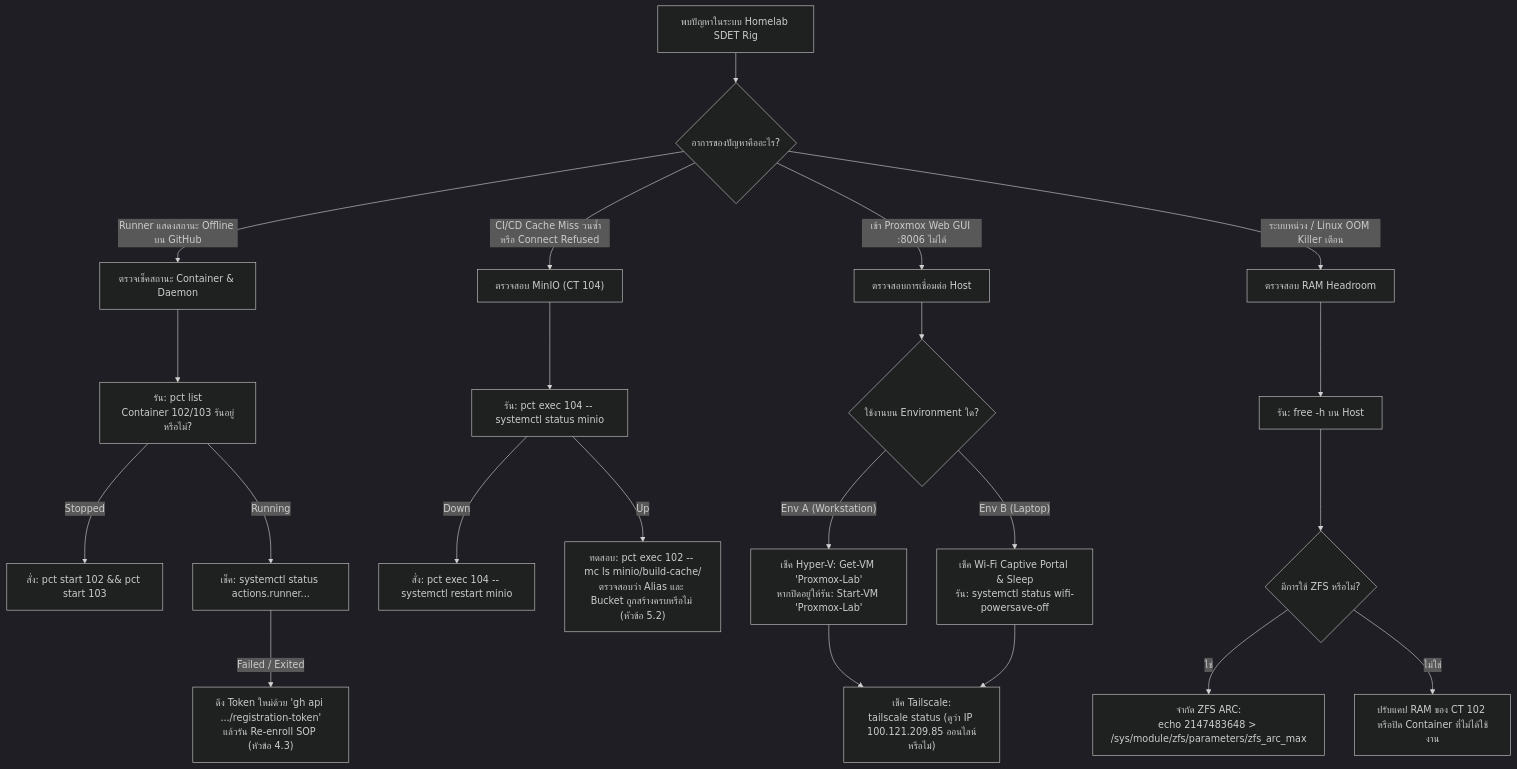
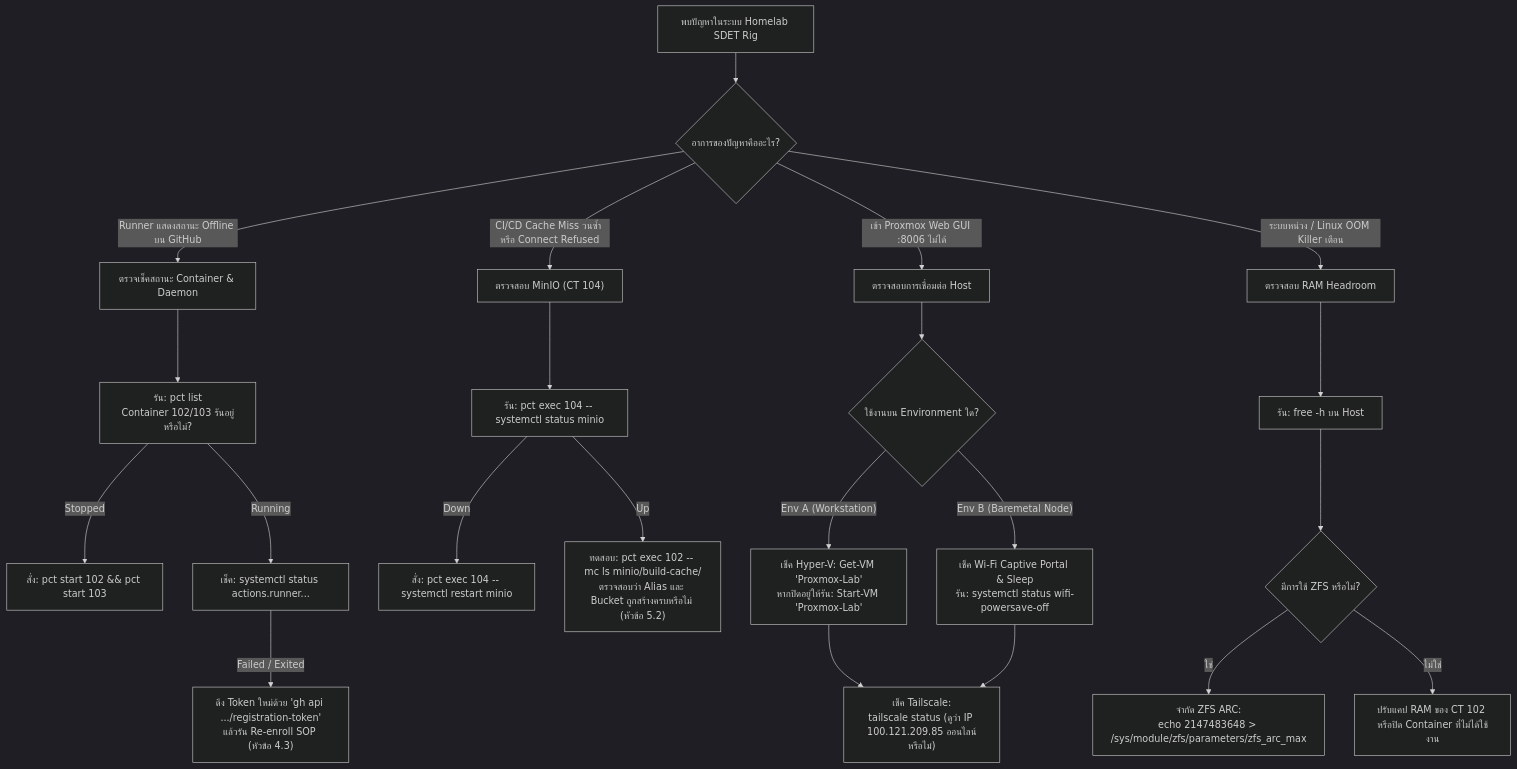
The second of 2 diagrams in RUNBOOK.md (ugritchaichana/booth-homelab), drawn with Mermaid (dark theme) before and after one commit. The commit also changed other lines of this file and 11 other files, not shown here.

````diff
--- a/RUNBOOK.md
+++ b/RUNBOOK.md
@@ -477,28 +477,28 @@
 ```mermaid
 flowchart TD
     Issue["พบปัญหาในระบบ Homelab SDET Rig"] --> Triage{"อาการของปัญหาคืออะไร?"}
 
     Triage -- "Runner แสดงสถานะ Offline บน GitHub" --> R1["ตรวจเช็คสถานะ Container & Daemon"]
     R1 --> R2["รัน: pct list\nContainer 102/103 รันอยู่หรือไม่?"]
     R2 -- "Stopped" --> R3["สั่ง: pct start 102 && pct start 103"]
     R2 -- "Running" --> R4["เช็ค: systemctl status actions.runner..."]
     R4 -- "Failed / Exited" --> R5["ดึง Token ใหม่ด้วย 'gh api .../registration-token'\nแล้วรัน Re-enroll SOP (หัวข้อ 4.3)"]
 
     Triage -- "CI/CD Cache Miss วนซ้ำ หรือ Connect Refused" --> C1["ตรวจสอบ MinIO (CT 104)"]
     C1 --> C2["รัน: pct exec 104 -- systemctl status minio"]
     C2 -- "Down" --> C3["สั่ง: pct exec 104 -- systemctl restart minio"]
     C2 -- "Up" --> C4["ทดสอบ: pct exec 102 -- mc ls minio/build-cache/\nตรวจสอบว่า Alias และ Bucket ถูกสร้างครบหรือไม่ (หัวข้อ 5.2)"]
 
     Triage -- "เข้า Proxmox Web GUI :8006 ไม่ได้" --> N1["ตรวจสอบการเชื่อมต่อ Host"]
     N1 --> N2{"ใช้งานบน Environment ใด?"}
     N2 -- "Env A (Workstation)" --> N3["เช็ค Hyper-V: Get-VM 'Proxmox-Lab'\nหากปิดอยู่ให้รัน: Start-VM 'Proxmox-Lab'"]
-    N2 -- "Env B (Laptop)" --> N4["เช็ค Wi-Fi Captive Portal & Sleep\nรัน: systemctl status wifi-powersave-off"]
+    N2 -- "Env B (Baremetal Node)" --> N4["เช็ค Wi-Fi Captive Portal & Sleep\nรัน: systemctl status wifi-powersave-off"]
     N3 --> N5["เช็ค Tailscale:\ntailscale status (ดูว่า IP 100.121.209.85 ออนไลน์หรือไม่)"]
     N4 --> N5
 
     Triage -- "ระบบหน่วง / Linux OOM Killer เตือน" --> M1["ตรวจสอบ RAM Headroom"]
     M1 --> M2["รัน: free -h บน Host"]
     M2 --> M3{"มีการใช้ ZFS หรือไม่?"}
     M3 -- "ใช่" --> M4["จำกัด ZFS ARC:\necho 2147483648 > /sys/module/zfs/parameters/zfs_arc_max"]
     M3 -- "ไม่ใช่" --> M5["ปรับแคป RAM ของ CT 102 หรือปิด Container ที่ไม่ได้ใช้งาน"]
 ```
````
